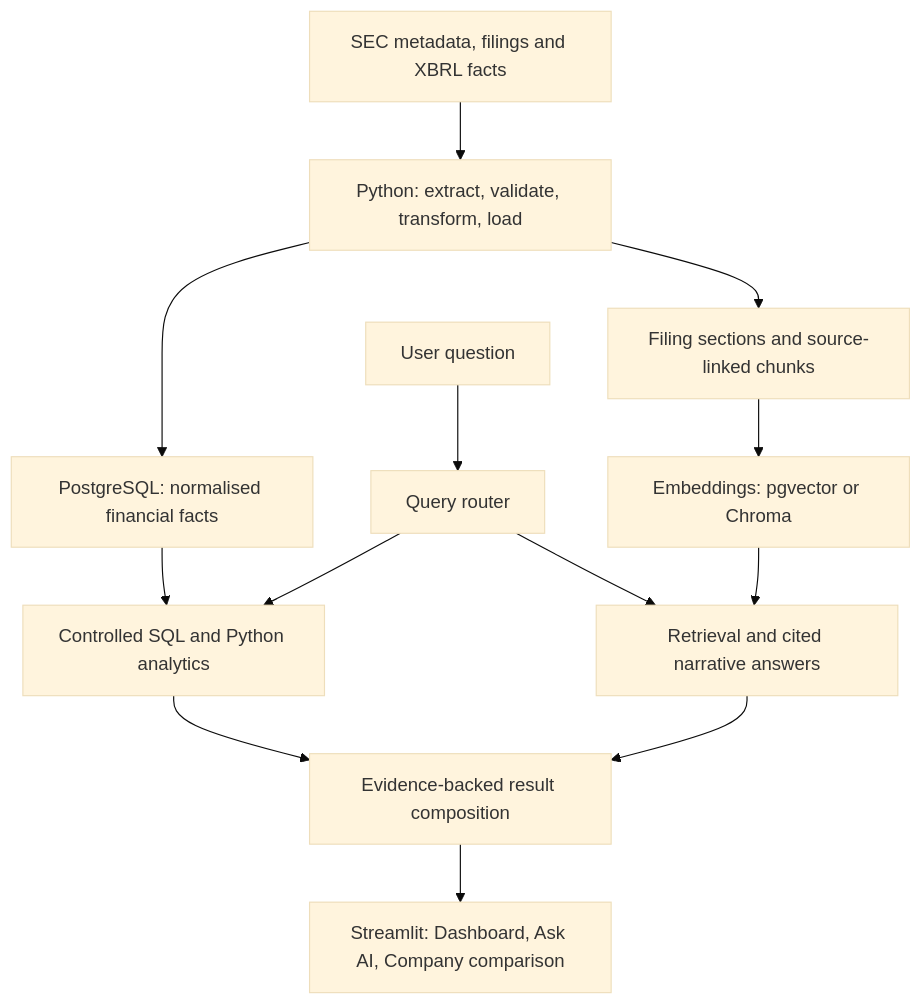
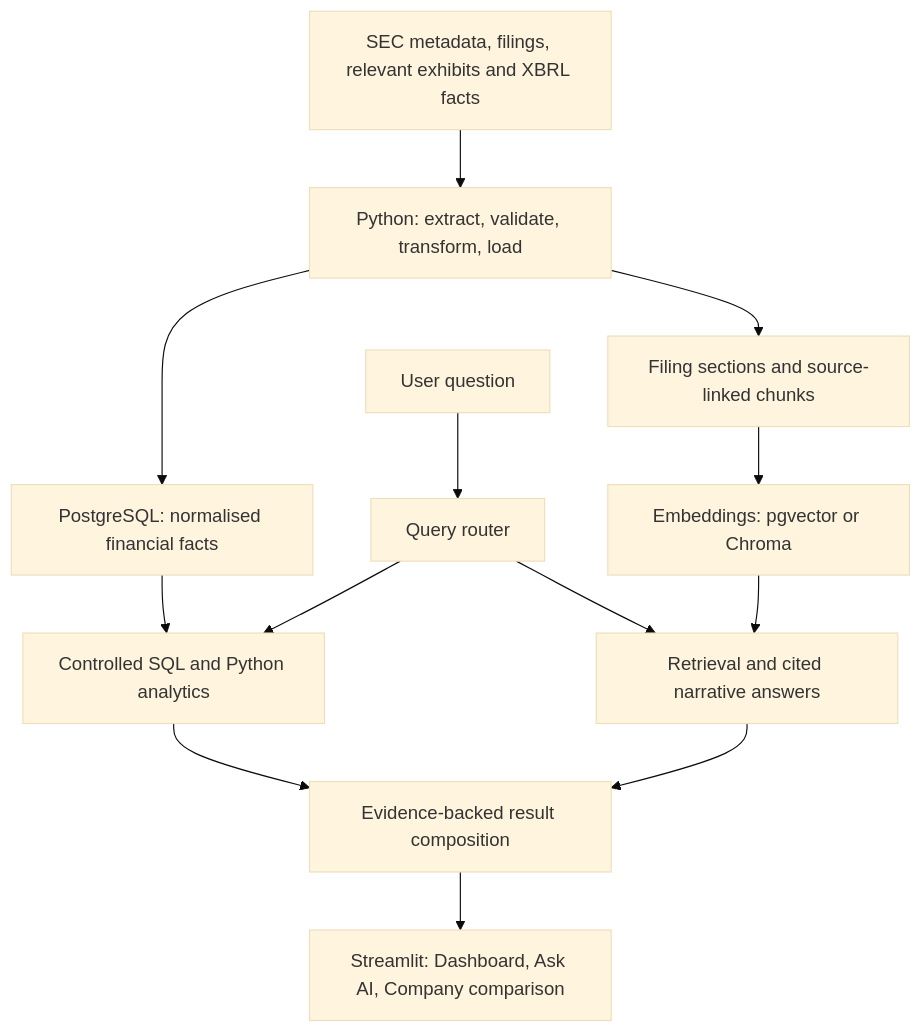
Before and after one commit to ychengchong/Market-Pulse: the diagram in docs/architecture.md, drawn with Mermaid (base theme). The commit also changed other lines of this file and 37 other files, not shown here.

````diff
--- a/docs/architecture.md
+++ b/docs/architecture.md
@@ -67,15 +76,15 @@
 ```mermaid
 flowchart TD
-    SEC[SEC metadata, filings and XBRL facts] --> ETL[Python: extract, validate, transform, load]
+    SEC[SEC metadata, filings, relevant exhibits and XBRL facts] --> ETL[Python: extract, validate, transform, load]
     ETL --> SQL[PostgreSQL: normalised financial facts]
     ETL --> TEXT[Filing sections and source-linked chunks]
     TEXT --> VECTOR[Embeddings: pgvector or Chroma]
     SQL --> ANALYTICS[Controlled SQL and Python analytics]
     VECTOR --> RAG[Retrieval and cited narrative answers]
     QUERY[User question] --> ROUTER[Query router]
     ROUTER --> ANALYTICS
     ROUTER --> RAG
     ANALYTICS --> ANSWER[Evidence-backed result composition]
     RAG --> ANSWER
     ANSWER --> UI[Streamlit: Dashboard, Ask AI, Company comparison]
 ```
````
